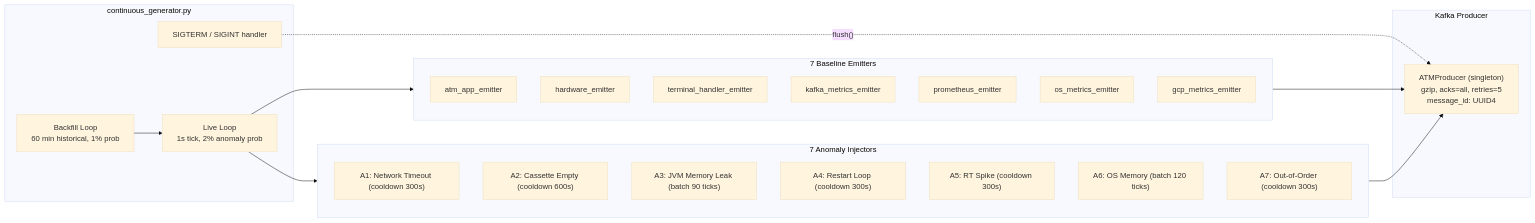
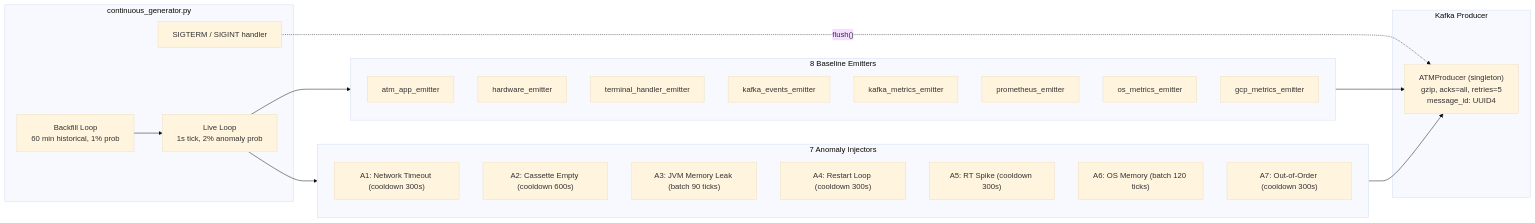
The second of 8 diagrams in README.md (AhmedIkram05/laad), drawn with Mermaid (base theme) before and after one commit. The commit also changed other lines of this file and 1 other file, not shown here.

Commit message:
docs: add Kafka pipeline demo GIF to documentation

````diff
--- a/README.md
+++ b/README.md
@@ -252,38 +221,39 @@
 ```mermaid
 flowchart LR
   subgraph Generator ["continuous_generator.py"]
     LIVE["Live Loop<br/>1s tick, 2% anomaly prob"]
     BF["Backfill Loop<br/>60 min historical, 1% prob"]
     SIG["SIGTERM / SIGINT handler"]
   end
 
-  subgraph Emitters ["7 Baseline Emitters"]
+  subgraph Emitters ["8 Baseline Emitters"]
     E1["atm_app_emitter"]
     E2["hardware_emitter"]
     E3["terminal_handler_emitter"]
-    E4["kafka_metrics_emitter"]
-    E5["prometheus_emitter"]
-    E6["os_metrics_emitter"]
-    E7["gcp_metrics_emitter"]
+    E4["kafka_events_emitter"]
+    E5["kafka_metrics_emitter"]
+    E6["prometheus_emitter"]
+    E7["os_metrics_emitter"]
+    E8["gcp_metrics_emitter"]
   end
 
   subgraph Injectors ["7 Anomaly Injectors"]
     I1["A1: Network Timeout (cooldown 300s)"]
     I2["A2: Cassette Empty (cooldown 600s)"]
     I3["A3: JVM Memory Leak (batch 90 ticks)"]
     I4["A4: Restart Loop (cooldown 300s)"]
     I5["A5: RT Spike (cooldown 300s)"]
     I6["A6: OS Memory (batch 120 ticks)"]
     I7["A7: Out-of-Order (cooldown 300s)"]
   end
 
   subgraph Producer ["Kafka Producer"]
     P["ATMProducer (singleton)<br/>gzip, acks=all, retries=5<br/>message_id: UUID4"]
   end
 
   BF --> LIVE --> Emitters
   LIVE --> Injectors
   Emitters --> P
   Injectors --> P
   SIG -.->|"flush()"| P
 ```
````
